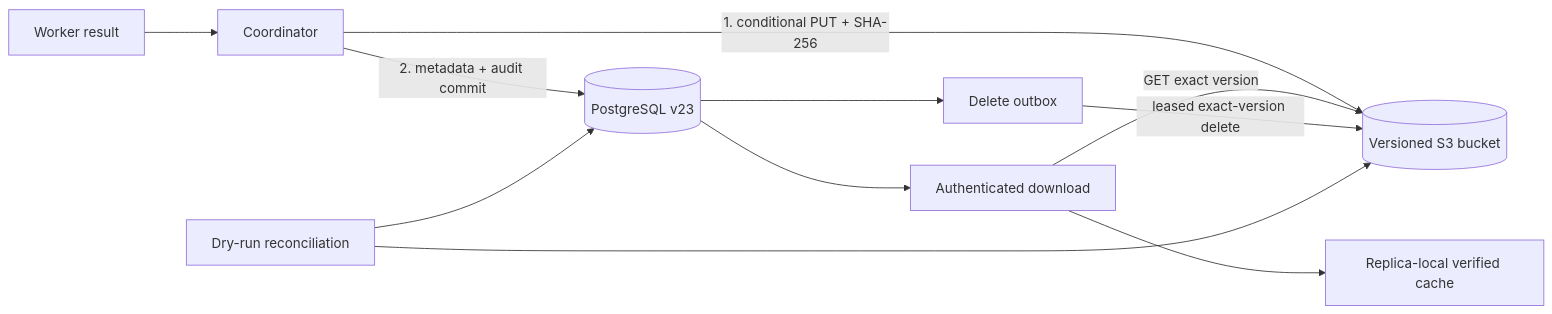
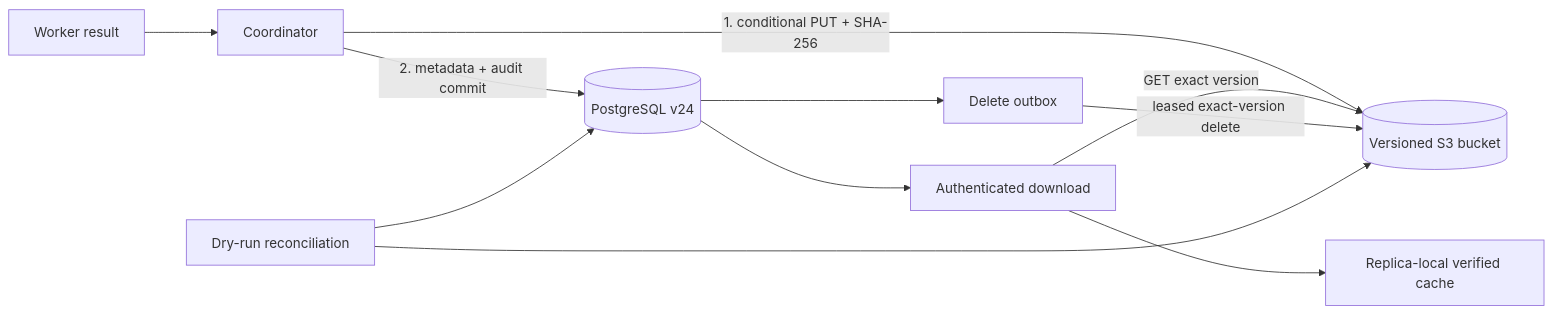
The diagram in docs/s3-artifact-store-lifecycle.md (Solutions-of-Security/Agat), drawn with Mermaid before and after one commit. The commit also changed other lines of this file and 32 other files, not shown here.

````diff
--- a/docs/s3-artifact-store-lifecycle.md
+++ b/docs/s3-artifact-store-lifecycle.md
@@ -15,13 +15,13 @@
 ```mermaid
 flowchart LR
   W[Worker result] --> C[Coordinator]
   C -->|1. conditional PUT + SHA-256| S3[(Versioned S3 bucket)]
-  C -->|2. metadata + audit commit| PG[(PostgreSQL v23)]
+  C -->|2. metadata + audit commit| PG[(PostgreSQL v24)]
   PG --> DL[Authenticated download]
   DL -->|GET exact version| S3
   DL --> CACHE[Replica-local verified cache]
   PG --> OUT[Delete outbox]
   OUT -->|leased exact-version delete| S3
   REC[Dry-run reconciliation] --> PG
   REC --> S3
 ```
````
